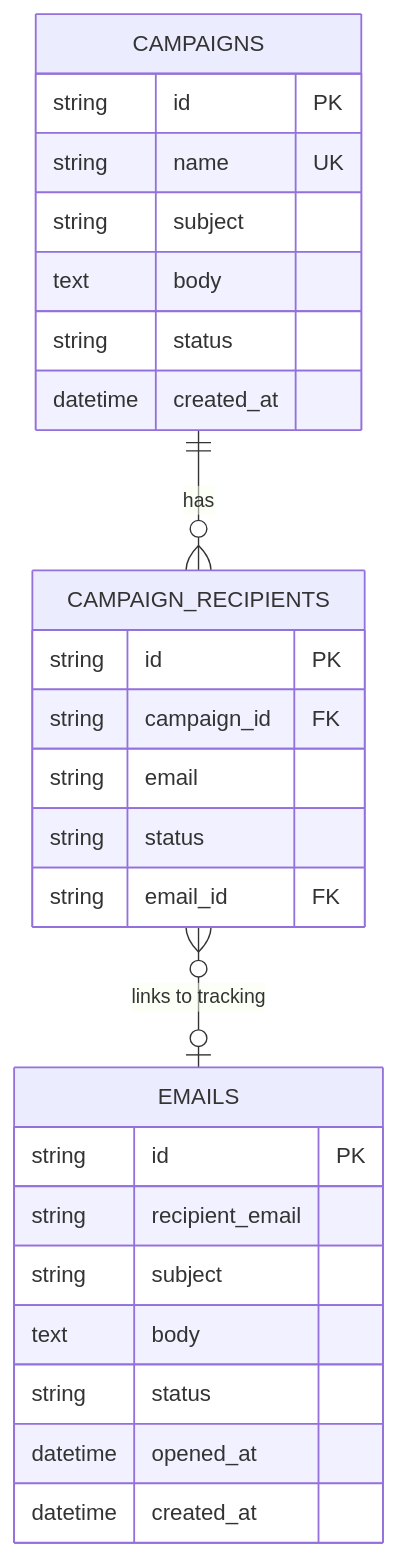
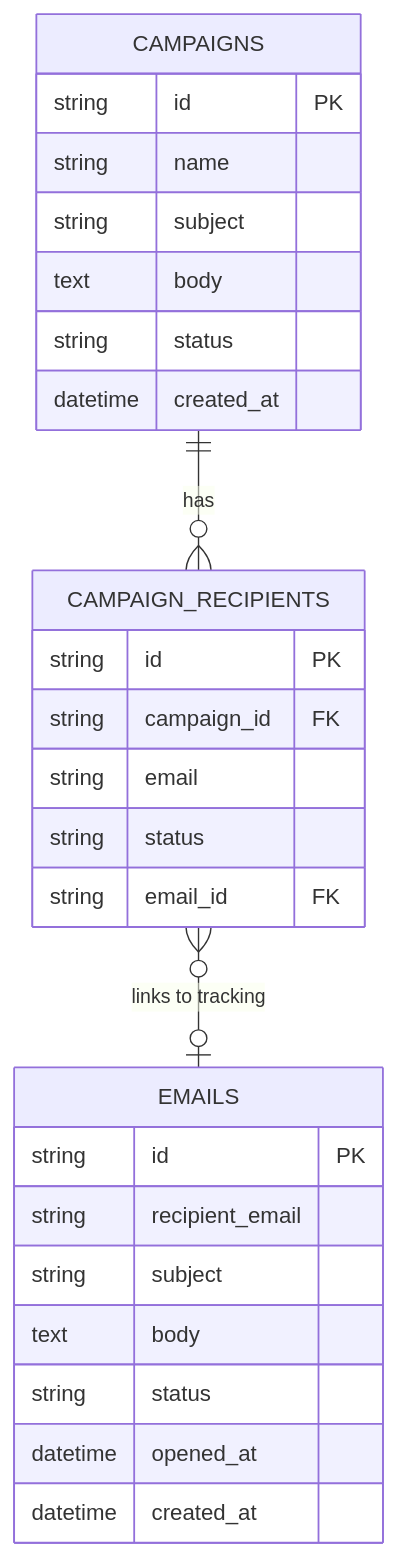
One commit to Shubham0997/cold-email-engine-backend changed the diagram in README.md. Above: the diagram before and after it, drawn with Mermaid.

Commit message:
docs: fix Mermaid ER diagram syntax for compatibility

````diff
--- a/README.md
+++ b/README.md
@@ -45,32 +45,32 @@
 ```mermaid
 erDiagram
     CAMPAIGNS ||--o{ CAMPAIGN_RECIPIENTS : "has"
     CAMPAIGN_RECIPIENTS }o--o| EMAILS : "links to tracking"
     
     CAMPAIGNS {
         string id PK
-        string name UK
+        string name
         string subject
         text body
         string status
         datetime created_at
     }
     
     CAMPAIGN_RECIPIENTS {
         string id PK
         string campaign_id FK
         string email
         string status
         string email_id FK
     }
     
     EMAILS {
         string id PK
         string recipient_email
         string subject
         text body
         string status
         datetime opened_at
         datetime created_at
     }
 ```
````
